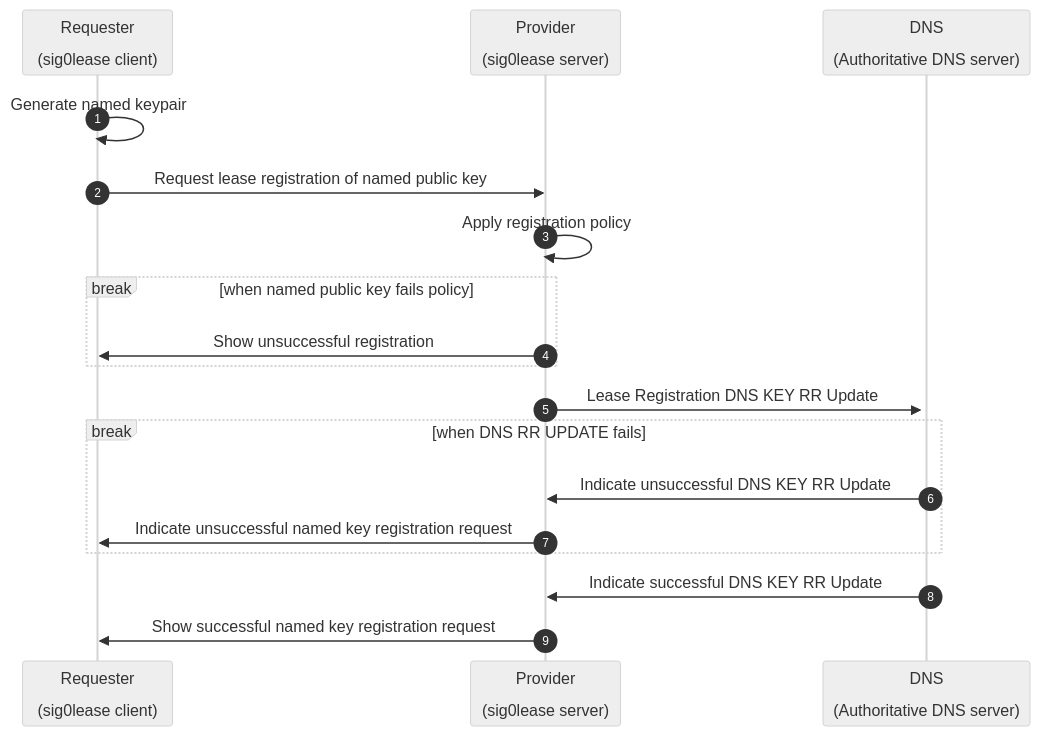
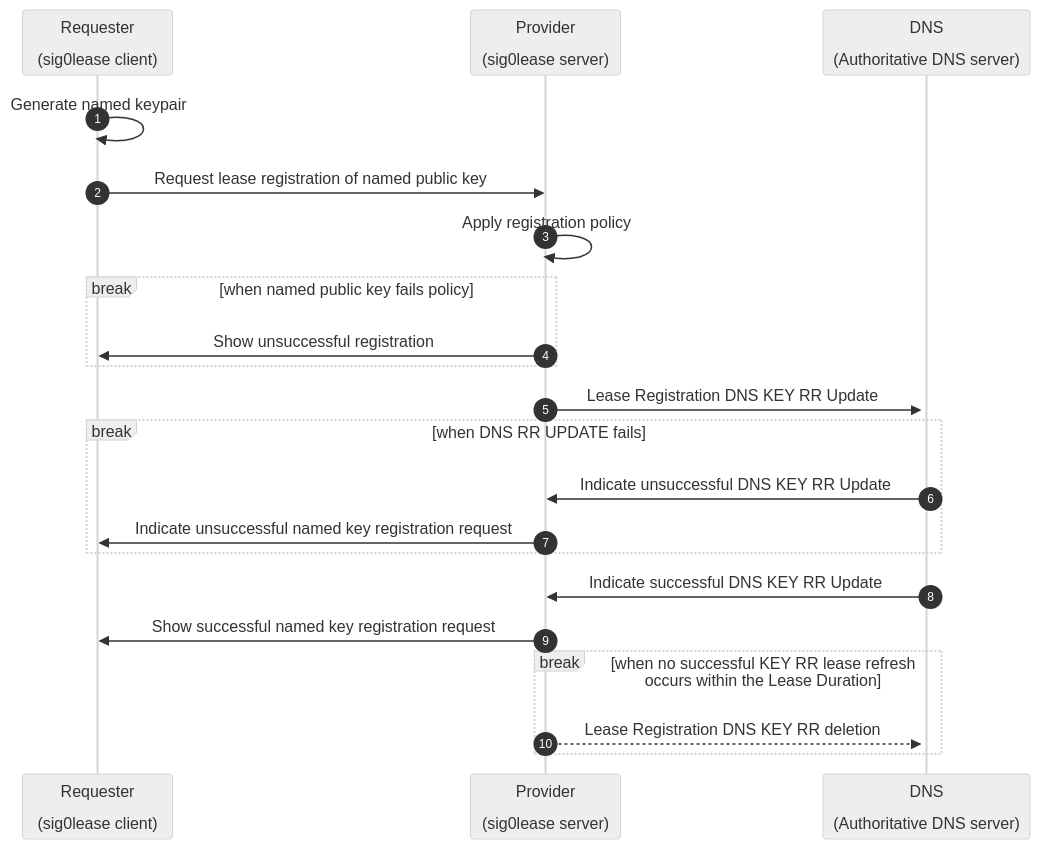
The first of 2 diagrams in README.md (NetworkCommons/sig0lease), drawn with Mermaid (neutral theme) before and after one commit. The commit also changed other lines of this file, not shown here.

Commit message:
adds lease expiration

````diff
--- a/README.md
+++ b/README.md
@@ -69,21 +69,24 @@
 ```mermaid
 sequenceDiagram
 autonumber
   participant R as Requester<br><br>(sig0lease client)
   participant P as Provider<br><br>(sig0lease server)
   participant D as DNS<br><br>(Authoritative DNS server)
 
   R->>R: Generate named keypair
   R->>P: Request lease registration of named public key
   P->>P: Apply registration policy
   break when named public key fails policy
     P->>R: Show unsuccessful registration
   end
   P->>+D: Lease Registration DNS KEY RR Update
   break when DNS RR UPDATE fails
     D->>P: Indicate unsuccessful DNS KEY RR Update
     P->>R: Indicate unsuccessful named key registration request
   end
   D->>P: Indicate successful DNS KEY RR Update
   P->>R: Show successful named key registration request
+  break when no successful KEY RR lease refresh occurs within the Lease Duration 
+    P-->>D: Lease Registration DNS KEY RR deletion 
+  end
 ```
````
